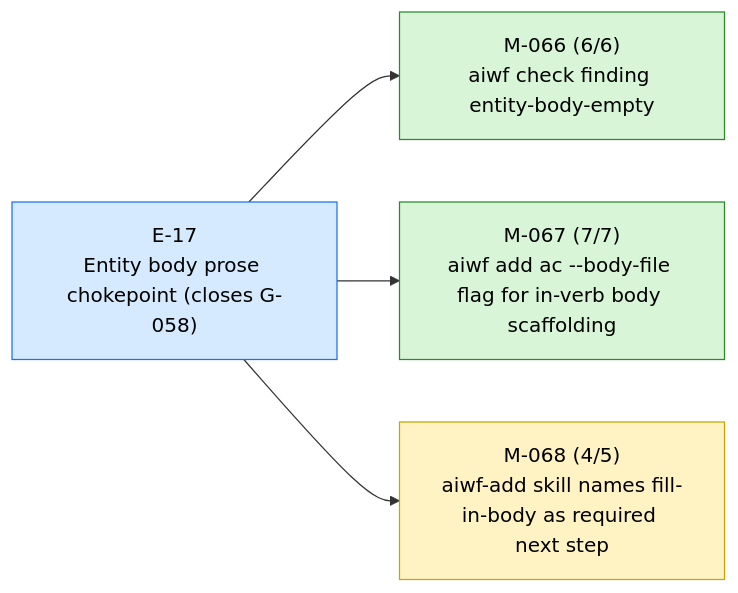
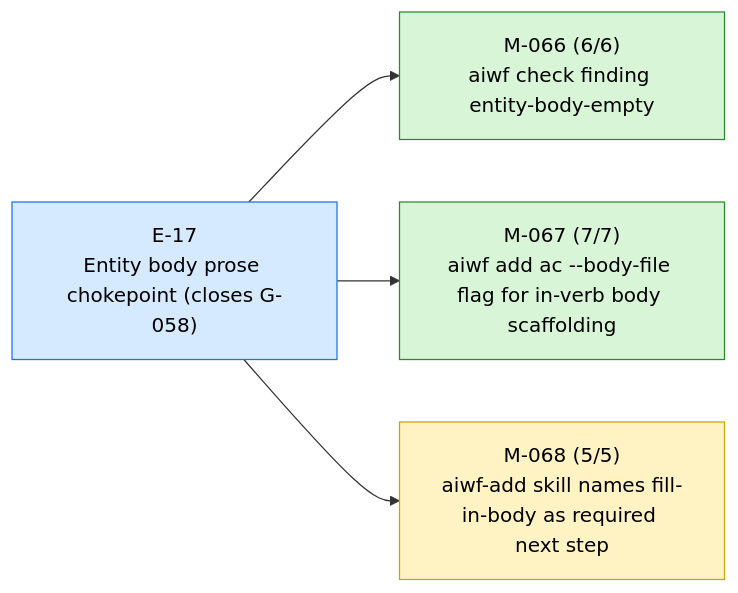
The first of 4 diagrams in STATUS.md (23min/aiwf), drawn with Mermaid before and after one commit. The commit also changed other lines of this file and 1 other file, not shown here.

First line of the commit message:
aiwf promote M-068/AC-5 open -> met

````diff
--- a/STATUS.md
+++ b/STATUS.md
@@ -13,16 +13,16 @@
 ```mermaid
 flowchart LR
   E_17["E-17<br/>Entity body prose chokepoint (closes G-058)"]:::epic_active
   M_066["M-066 (6/6)<br/>aiwf check finding entity-body-empty"]:::ms_done
   E_17 --> M_066
   M_067["M-067 (7/7)<br/>aiwf add ac --body-file flag for in-verb body scaffolding"]:::ms_done
   E_17 --> M_067
-  M_068["M-068 (4/5)<br/>aiwf-add skill names fill-in-body as required next step"]:::ms_in_progress
+  M_068["M-068 (5/5)<br/>aiwf-add skill names fill-in-body as required next step"]:::ms_in_progress
   E_17 --> M_068
   classDef epic_active fill:#d6eaff,stroke:#1a73e8,color:#000
   classDef epic_proposed fill:#f4f4f4,stroke:#888,color:#000
   classDef ms_done fill:#d8f5d8,stroke:#2a8a2a,color:#000
   classDef ms_in_progress fill:#fff3c4,stroke:#caa400,color:#000
   classDef ms_draft fill:#f4f4f4,stroke:#888,color:#000
   classDef ms_cancelled fill:#fbeaea,stroke:#c33,color:#000
 ```
````
